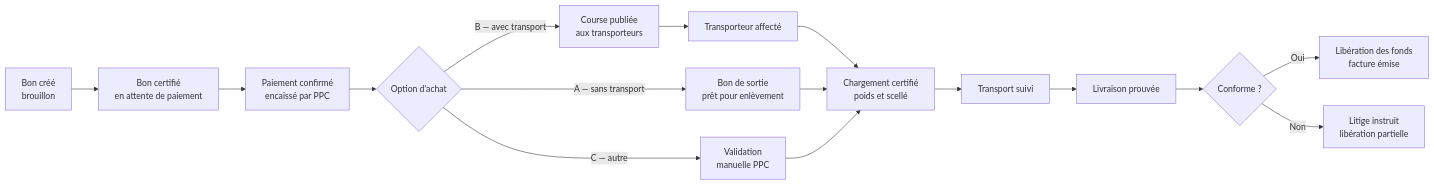
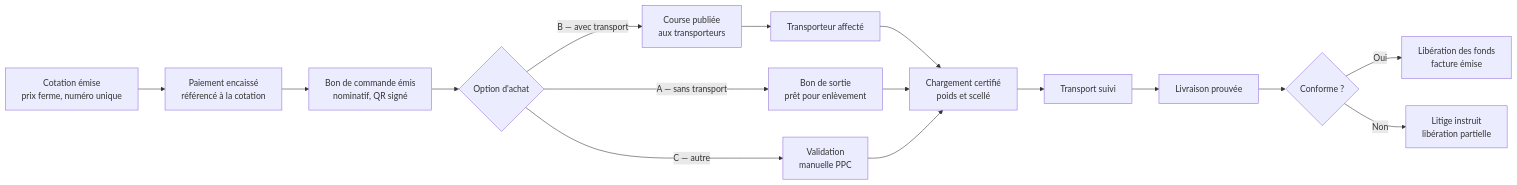
The second of 5 diagrams in docs/03-architecture-technique.md (dilevembamu12/fbb-ppc-apix), drawn with Mermaid before and after one commit. The commit also changed other lines of this file and 24 other files, not shown here.

Commit message:
Chiffres PPC integres : 15-20 % de flux digitaux, couverture bancaire, ordre cotation-paiement-bon

````diff
--- a/docs/03-architecture-technique.md
+++ b/docs/03-architecture-technique.md
@@ -120,18 +120,18 @@
 ```mermaid
 flowchart LR
-    A["Bon créé<br/>brouillon"] --> B["Bon certifié<br/>en attente de paiement"]
-    B --> C["Paiement confirmé<br/>encaissé par PPC"]
+    A["Cotation émise<br/>prix ferme, numéro unique"] --> B["Paiement encaissé<br/>référencé à la cotation"]
+    B --> C["Bon de commande émis<br/>nominatif, QR signé"]
     C --> D{"Option d'achat"}
     D -->|A — sans transport| E["Bon de sortie<br/>prêt pour enlèvement"]
     D -->|B — avec transport| F["Course publiée<br/>aux transporteurs"]
     D -->|C — autre| G["Validation<br/>manuelle PPC"]
     F --> H["Transporteur affecté"]
     H --> I["Chargement certifié<br/>poids et scellé"]
     E --> I
     G --> I
     I --> J["Transport suivi"]
     J --> K["Livraison prouvée"]
     K --> L{"Conforme ?"}
     L -->|Oui| M["Libération des fonds<br/>facture émise"]
     L -->|Non| N["Litige instruit<br/>libération partielle"]
 ```
````
